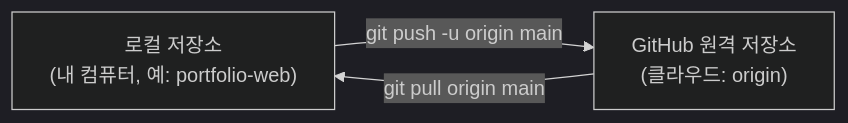
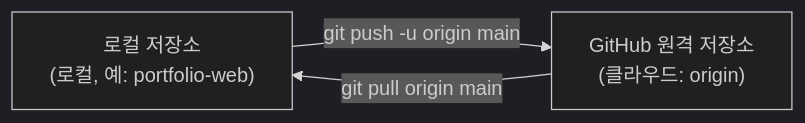
One commit to qus0in-factory/learn changed the first of 2 diagrams in docs/lecture/05-remote.md. Above: the diagram before and after it, drawn with Mermaid (dark theme). The commit also changed other lines of this file and 8 other files, not shown here.

````diff
--- a/docs/lecture/05-remote.md
+++ b/docs/lecture/05-remote.md
@@ -32,5 +32,5 @@
 ```mermaid
 flowchart LR
-    LR["로컬 저장소<br/>(내 컴퓨터, 예: portfolio-web)"] -->|git push -u origin main| GH["GitHub 원격 저장소<br/>(클라우드: origin)"]
+    LR["로컬 저장소<br/>(로컬, 예: portfolio-web)"] -->|git push -u origin main| GH["GitHub 원격 저장소<br/>(클라우드: origin)"]
     GH -->|git pull origin main| LR
 ```
````
